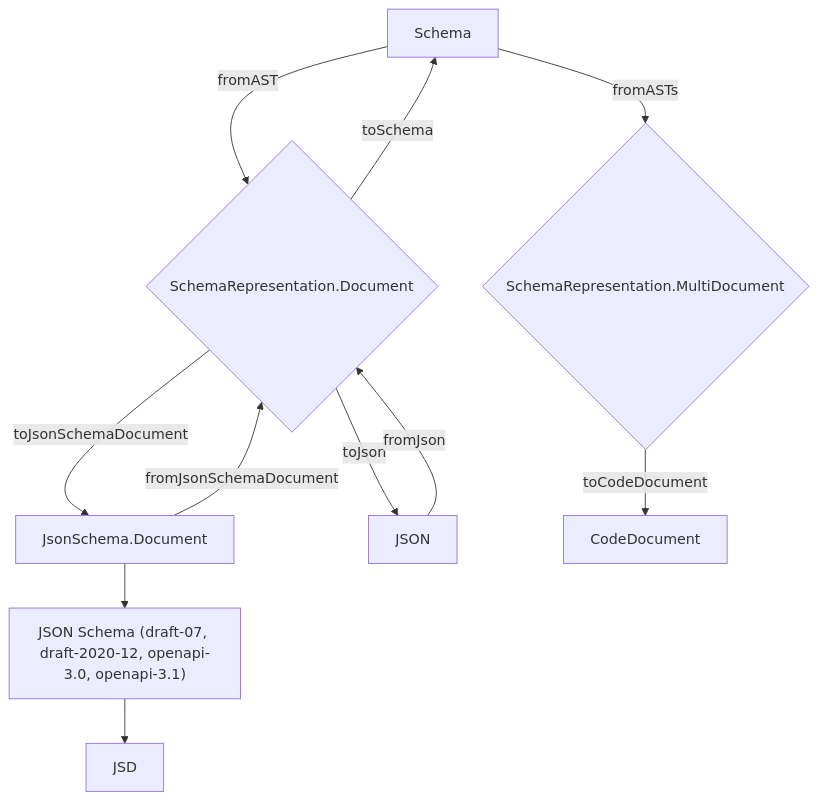
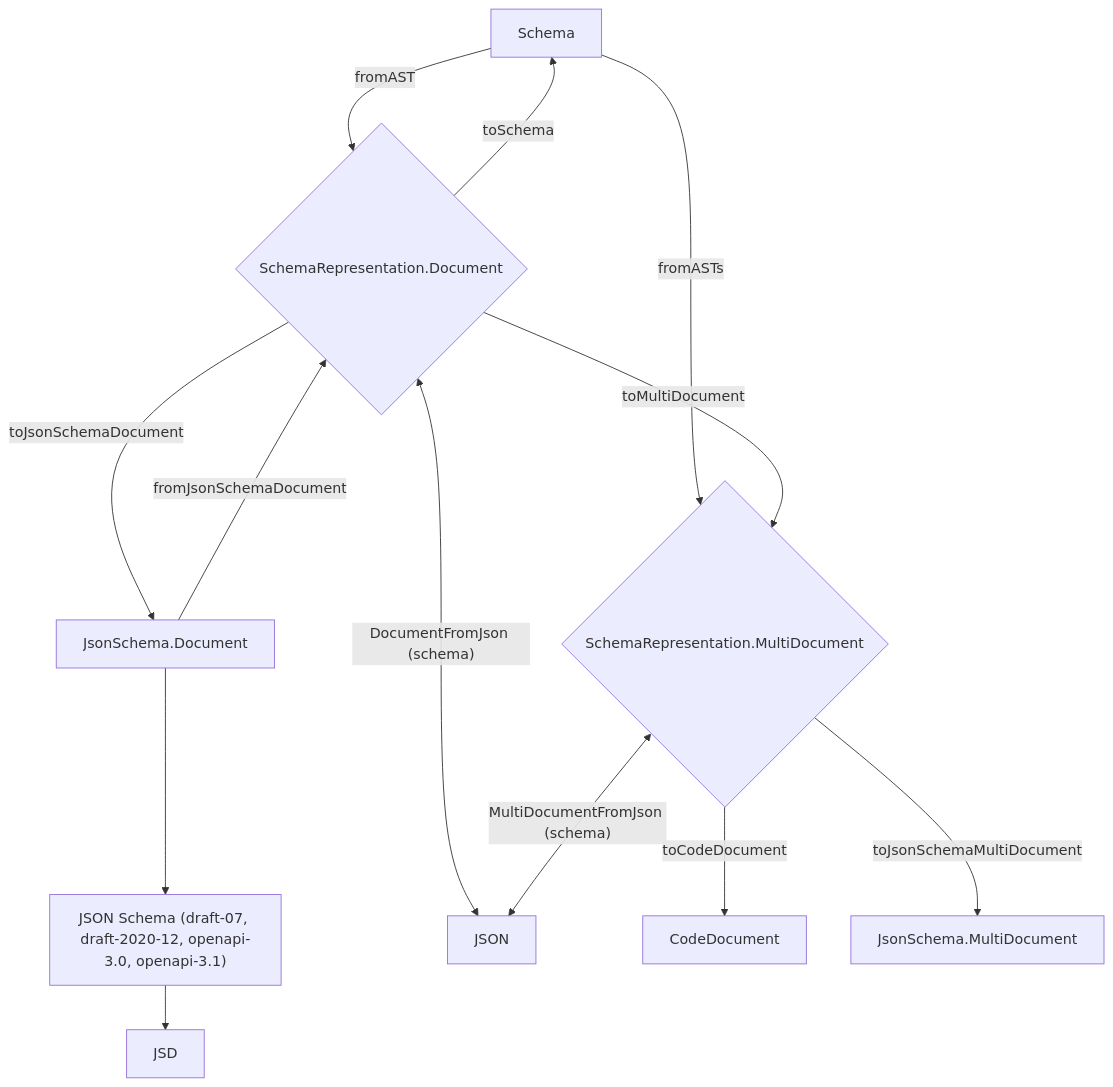
Before and after one commit to suddenlyGiovanni/effect-smol: the third of 3 diagrams in packages/effect/SCHEMA.md, drawn with Mermaid. The commit also changed other lines of this file and 3 other files, not shown here.

Commit message:
refactor(schema-representation): replace toJson/fromJson with codecs and add MultiDocument schema (#897)

````diff
--- a/packages/effect/SCHEMA.md
+++ b/packages/effect/SCHEMA.md
@@ -617,13 +617,15 @@
 ```mermaid
 flowchart TD
     S[Schema] -->|fromAST|D{"SchemaRepresentation.Document"}
     S -->|fromASTs|MD{"SchemaRepresentation.MultiDocument"}
     JS["JSON Schema (draft-07, draft-2020-12, openapi-3.0, openapi-3.1)"] -->JSD
     JD --> JS
     JD["JsonSchema.Document"] -->|fromJsonSchemaDocument|D
-    D --> |toJson|JSON
-    JSON --> |fromJson|D
+    D <--> |"DocumentFromJson (schema)"|JSON
     D --> |toJsonSchemaDocument|JD
     D --> |toSchema|S
     MD --> |toCodeDocument|CodeDocument["CodeDocument"]
+    D --> |toMultiDocument|MD
+    MD --> |toJsonSchemaMultiDocument|JMD[JsonSchema.MultiDocument]
+    MD <--> |"MultiDocumentFromJson (schema)"|JSON
 ```
````
